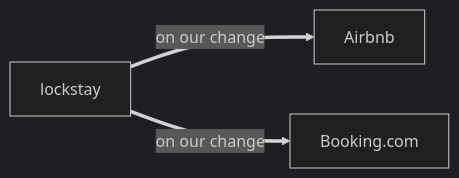
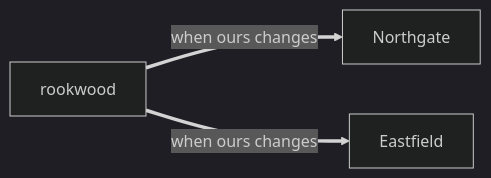
The sixth of 7 diagrams in packages/markdown/corpus/20-architecture-map.md (Neaox/quill), drawn with Mermaid (dark theme) before and after one commit. The commit also changed other lines of this file and 90 other files, not shown here.

````diff
--- a/packages/markdown/corpus/20-architecture-map.md
+++ b/packages/markdown/corpus/20-architecture-map.md
@@ -166,5 +166,5 @@
 ```mermaid
 flowchart LR
-  lockstay ==>|on our change| airbnb[Airbnb]
-  lockstay ==>|on our change| booking[Booking.com]
+  rookwood ==>|when ours changes| northgate[Northgate]
+  rookwood ==>|when ours changes| eastfield[Eastfield]
 ```
````
